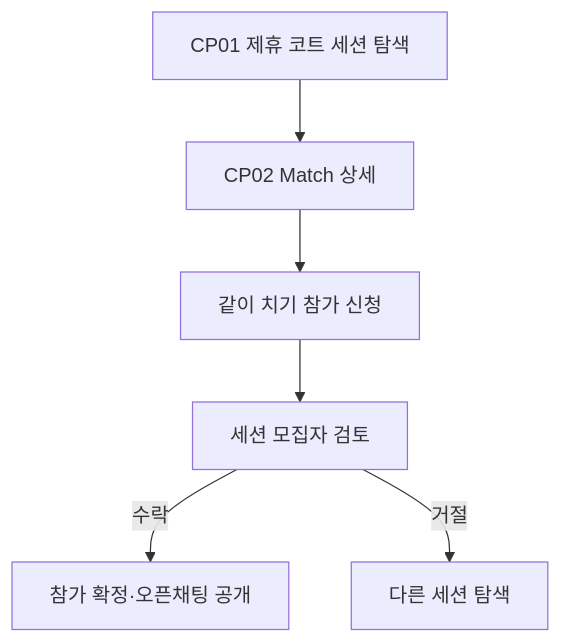
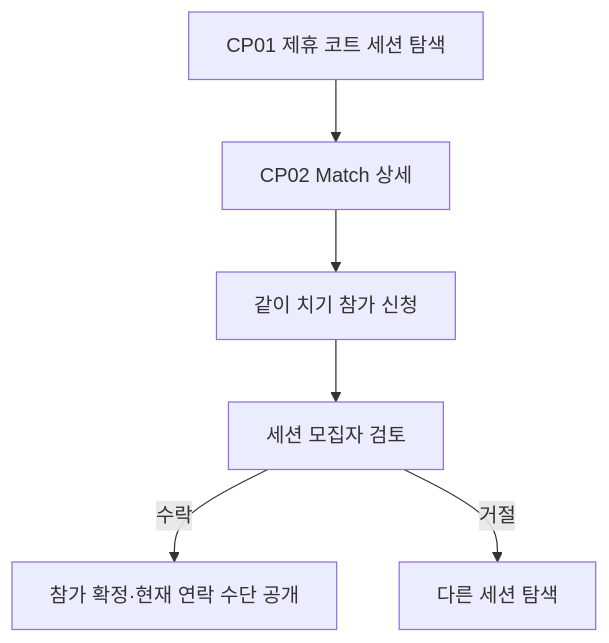
One commit to jsl0319/tennis-mate changed the third of 3 diagrams in docs/03-1-court-partner-screen-spec.md. Above: the diagram before and after it, drawn with Mermaid. The commit also changed other lines of this file and 9 other files, not shown here.

````diff
--- a/docs/03-1-court-partner-screen-spec.md
+++ b/docs/03-1-court-partner-screen-spec.md
@@ -175,8 +175,8 @@
 ```mermaid
 flowchart TD
     A["CP01 제휴 코트 세션 탐색"] --> B["CP02 Match 상세"]
     B --> C["같이 치기 참가 신청"]
     C --> D["세션 모집자 검토"]
-    D -->|수락| E["참가 확정·오픈채팅 공개"]
+    D -->|수락| E["참가 확정·현재 연락 수단 공개"]
     D -->|거절| F["다른 세션 탐색"]
 ```
````
